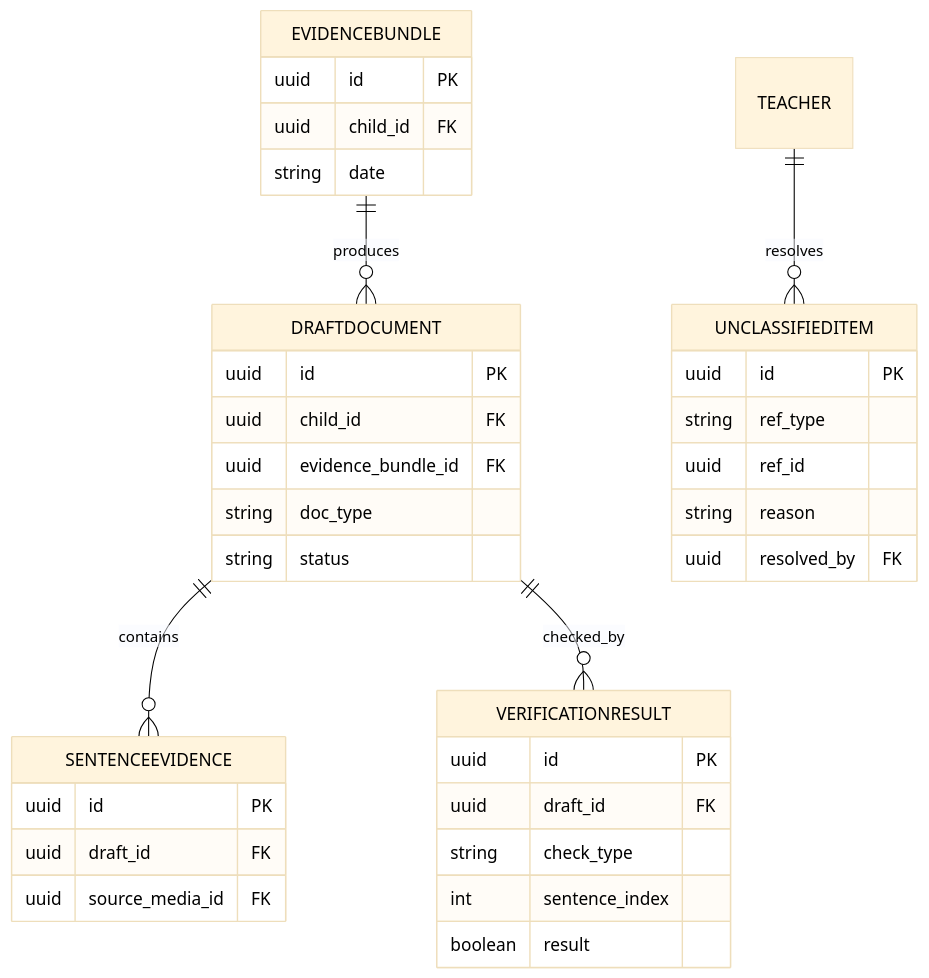
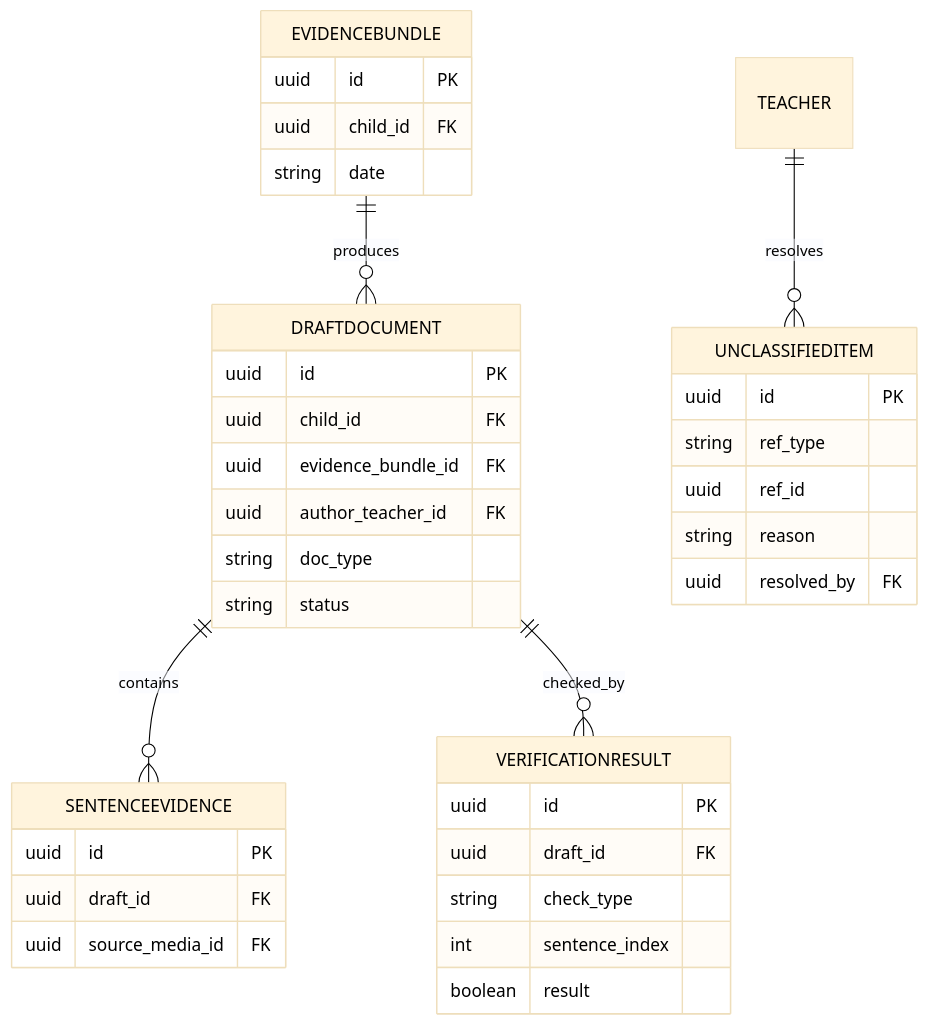
Before and after one commit to kakaotechcampus-4/ktc4-chungnam-4: the fourth of 8 diagrams in docs/테크스펙.md, drawn with Mermaid. The commit also changed other lines of this file and 8 other files, not shown here.

````diff
--- a/docs/테크스펙.md
+++ b/docs/테크스펙.md
@@ -527,39 +549,40 @@
 ```mermaid
 %%{init: {'theme':'base', 'themeVariables': {'primaryTextColor':'#000000','textColor':'#000000','lineColor':'#000000'}}}%%
 erDiagram
   EVIDENCEBUNDLE {
     uuid id PK
     uuid child_id FK
     string date
   }
   DRAFTDOCUMENT {
     uuid id PK
     uuid child_id FK
     uuid evidence_bundle_id FK
+    uuid author_teacher_id FK
     string doc_type
     string status
   }
   SENTENCEEVIDENCE {
     uuid id PK
     uuid draft_id FK
     uuid source_media_id FK
   }
   VERIFICATIONRESULT {
     uuid id PK
     uuid draft_id FK
     string check_type
     int sentence_index
     boolean result
   }
   UNCLASSIFIEDITEM {
     uuid id PK
     string ref_type
     uuid ref_id
     string reason
     uuid resolved_by FK
   }
   EVIDENCEBUNDLE ||--o{ DRAFTDOCUMENT : produces
   DRAFTDOCUMENT ||--o{ SENTENCEEVIDENCE : contains
   DRAFTDOCUMENT ||--o{ VERIFICATIONRESULT : checked_by
   TEACHER ||--o{ UNCLASSIFIEDITEM : resolves
 ```
````
